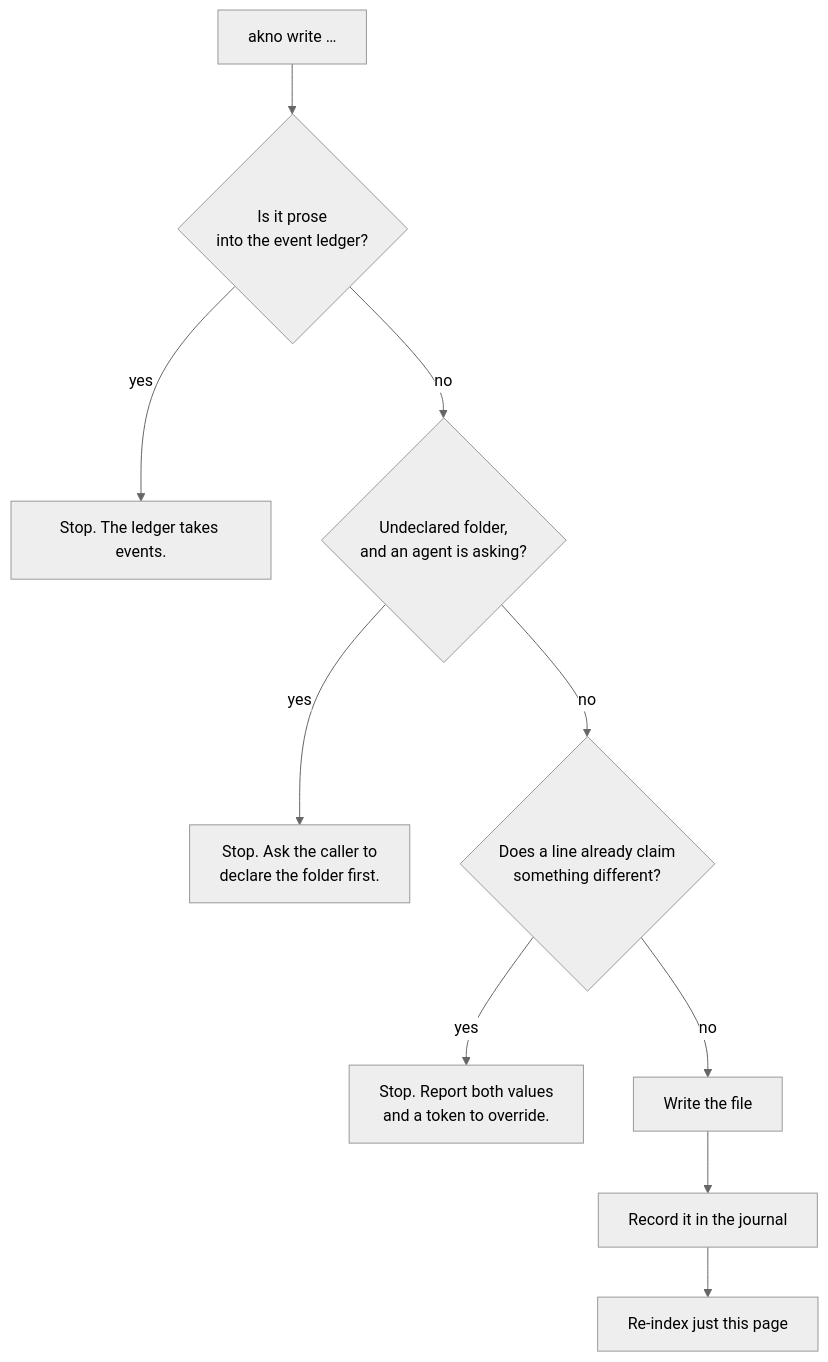
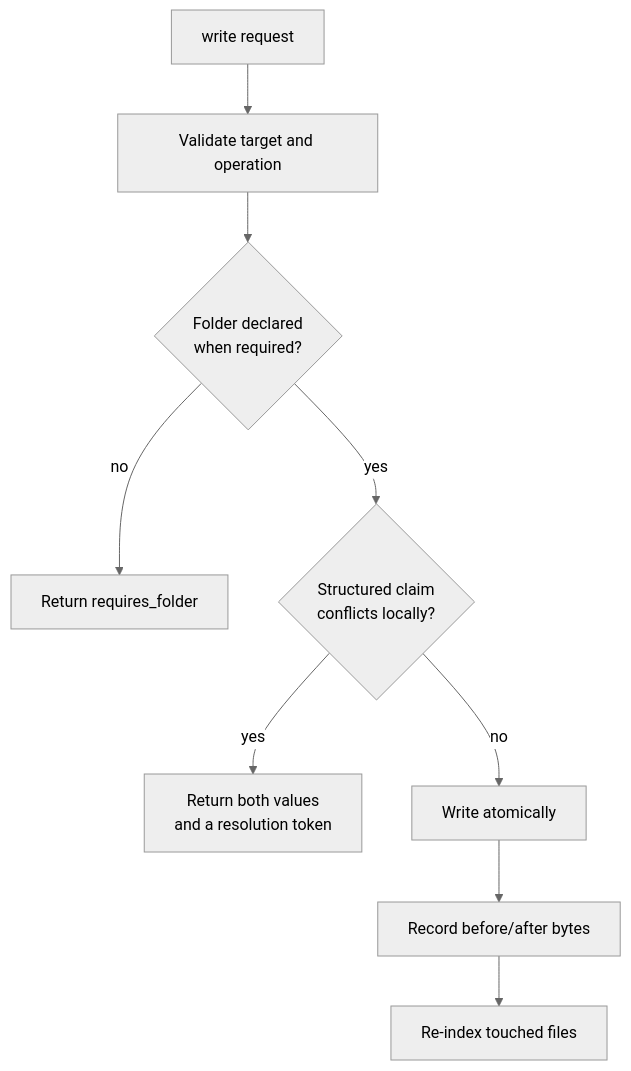
Before and after one commit to tenphi/akno: the fourth of 7 diagrams in HOW-IT-WORKS.md, drawn with Mermaid (neutral theme). The commit also changed other lines of this file and 5 other files, not shown here.

````diff
--- a/HOW-IT-WORKS.md
+++ b/HOW-IT-WORKS.md
@@ -304,12 +355,11 @@
 ```mermaid
 flowchart TD
-    start["akno write …"] --> ledger{"Is it prose<br/>into the event ledger?"}
-    ledger -->|yes| refuse["Stop. The ledger takes events."]
-    ledger -->|no| gate{"Undeclared folder,<br/>and an agent is asking?"}
-    gate -->|yes| declare["Stop. Ask the caller to<br/>declare the folder first."]
-    gate -->|no| conflict{"Does a line already claim<br/>something different?"}
-    conflict -->|yes| report["Stop. Report both values<br/>and a token to override."]
-    conflict -->|no| disk["Write the file"]
-    disk --> journal["Record it in the journal"]
-    journal --> reindex["Re-index just this page"]
+    request["write request"] --> validate["Validate target and operation"]
+    validate --> folder{"Folder declared<br/>when required?"}
+    folder -->|no| stop1["Return requires_folder"]
+    folder -->|yes| conflict{"Structured claim<br/>conflicts locally?"}
+    conflict -->|yes| stop2["Return both values<br/>and a resolution token"]
+    conflict -->|no| disk["Write atomically"]
+    disk --> journal["Record before/after bytes"]
+    journal --> index["Re-index touched files"]
 ```
````
